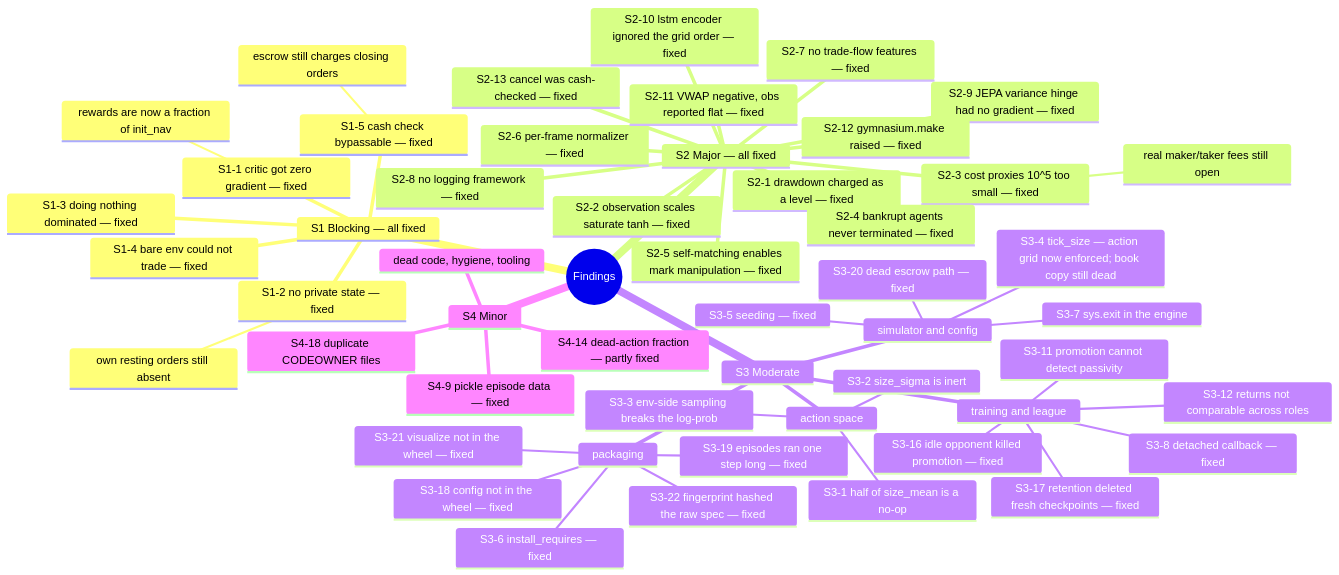
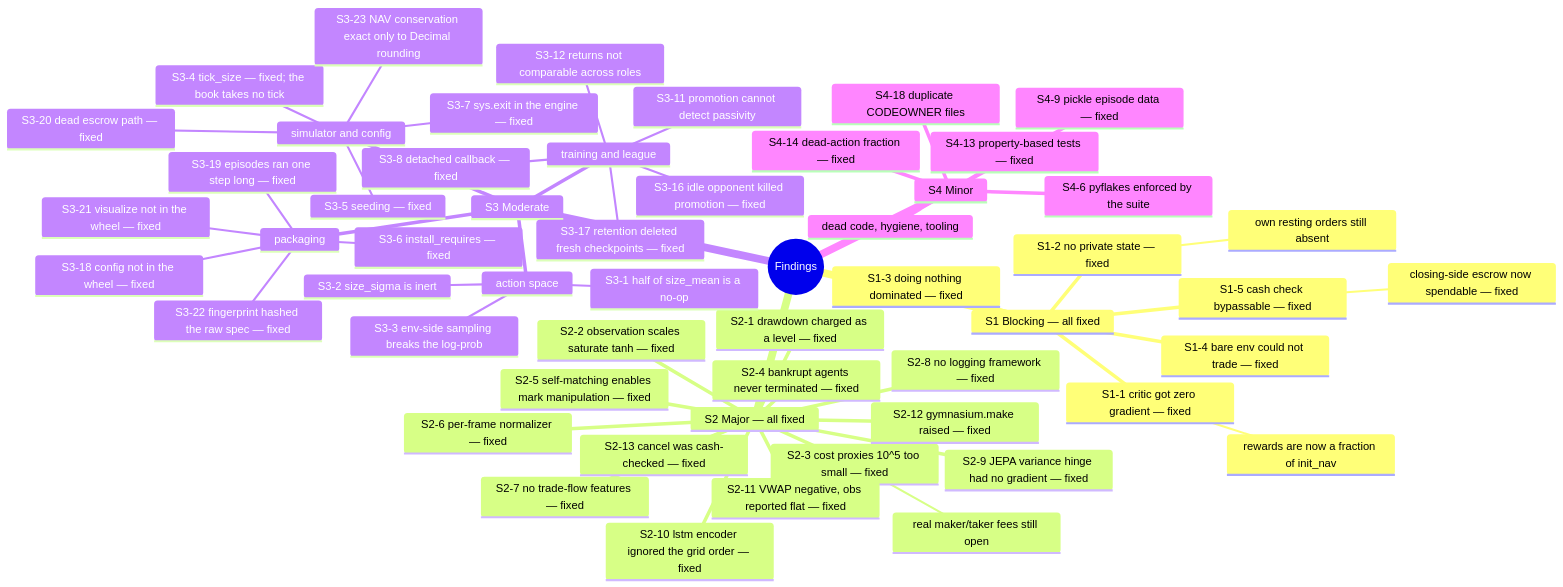
The diagram in doc/15_findings_and_recommendations.md (ChuaCheowHuan/gym-continuousDoubleAuction), drawn with Mermaid before and after one commit. The commit also changed other lines of this file and 59 other files, not shown here.

````diff
--- a/doc/15_findings_and_recommendations.md
+++ b/doc/15_findings_and_recommendations.md
@@ -11,55 +11,58 @@
 ```mermaid
 mindmap
   root((Findings))
     S1 Blocking — all fixed
       S1-1 critic got zero gradient — fixed
         rewards are now a fraction of init_nav
       S1-2 no private state — fixed
         own resting orders still absent
       S1-3 doing nothing dominated — fixed
       S1-4 bare env could not trade — fixed
       S1-5 cash check bypassable — fixed
-        escrow still charges closing orders
+        closing-side escrow now spendable — fixed
     S2 Major — all fixed
       S2-1 drawdown charged as a level — fixed
       S2-2 observation scales saturate tanh — fixed
       S2-3 cost proxies 10^5 too small — fixed
         real maker/taker fees still open
       S2-4 bankrupt agents never terminated — fixed
       S2-5 self-matching enables mark manipulation — fixed
       S2-6 per-frame normalizer — fixed
       S2-7 no trade-flow features — fixed
       S2-8 no logging framework — fixed
       S2-9 JEPA variance hinge had no gradient — fixed
       S2-10 lstm encoder ignored the grid order — fixed
       S2-11 VWAP negative, obs reported flat — fixed
       S2-12 gymnasium.make raised — fixed
       S2-13 cancel was cash-checked — fixed
     S3 Moderate
       action space
         S3-1 half of size_mean is a no-op
         S3-2 size_sigma is inert
         S3-3 env-side sampling breaks the log-prob
       simulator and config
-        S3-4 tick_size — action grid now enforced; book copy still dead
+        S3-4 tick_size — fixed; the book takes no tick
         S3-5 seeding — fixed
-        S3-7 sys.exit in the engine
+        S3-7 sys.exit in the engine — fixed
+        S3-23 NAV conservation exact only to Decimal rounding
         S3-20 dead escrow path — fixed
       training and league
         S3-8 detached callback — fixed
         S3-11 promotion cannot detect passivity
         S3-12 returns not comparable across roles
         S3-16 idle opponent killed promotion — fixed
         S3-17 retention deleted fresh checkpoints — fixed
       packaging
         S3-6 install_requires — fixed
         S3-18 config not in the wheel — fixed
         S3-19 episodes ran one step long — fixed
         S3-21 visualize not in the wheel — fixed
         S3-22 fingerprint hashed the raw spec — fixed
     S4 Minor
       dead code, hygiene, tooling
       S4-9 pickle episode data — fixed
-      S4-14 dead-action fraction — partly fixed
+      S4-6 pyflakes enforced by the suite
+      S4-13 property-based tests — fixed
+      S4-14 dead-action fraction — fixed
       S4-18 duplicate CODEOWNER files
 ```
````
